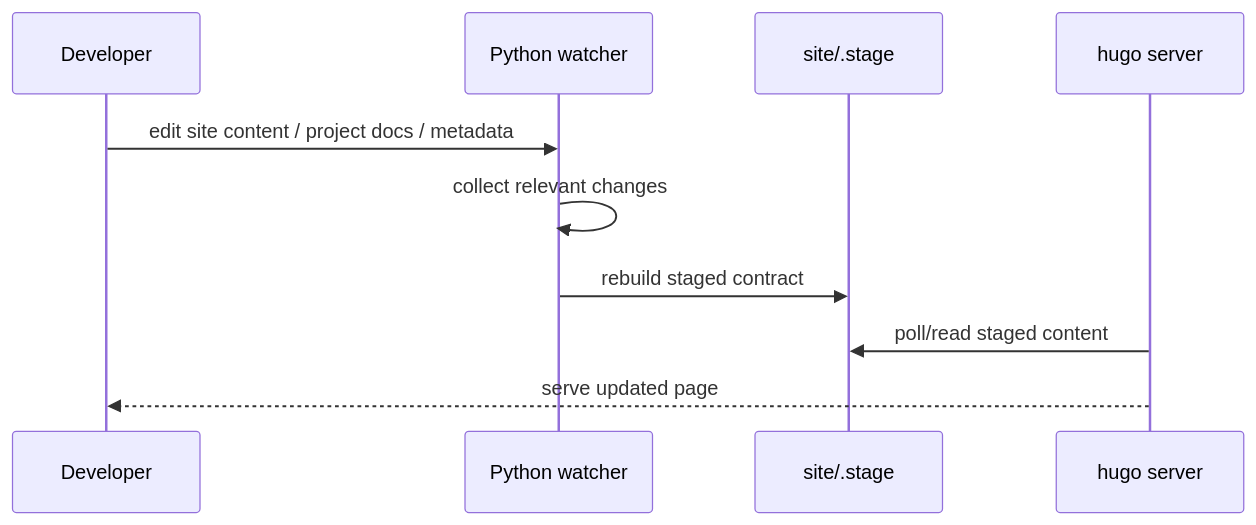
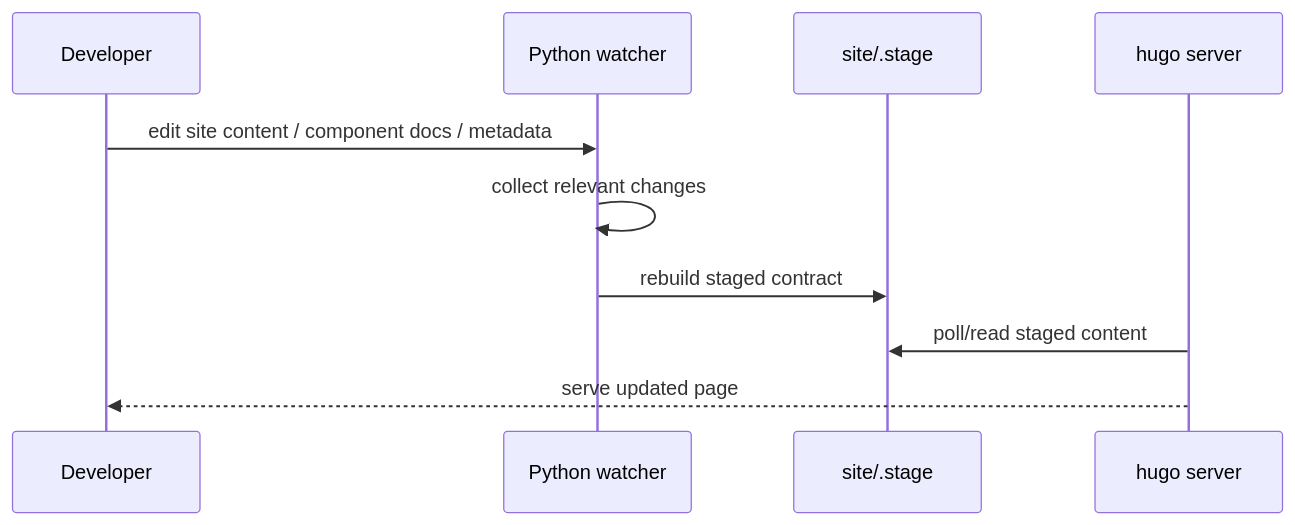
The second of 2 diagrams in site/site/docs/site-pipeline.md (buildish-tooling/buildish), drawn with Mermaid before and after one commit. The commit also changed other lines of this file and 35 other files, not shown here.

````diff
--- a/site/site/docs/site-pipeline.md
+++ b/site/site/docs/site-pipeline.md
@@ -110,12 +110,12 @@
 ```mermaid
 sequenceDiagram
     participant Dev as Developer
     participant Watch as Python watcher
     participant Stage as site/.stage
     participant Hugo as hugo server
-    Dev->>Watch: edit site content / project docs / metadata
+    Dev->>Watch: edit site content / component docs / metadata
     Watch->>Watch: collect relevant changes
     Watch->>Stage: rebuild staged contract
     Hugo->>Stage: poll/read staged content
     Hugo-->>Dev: serve updated page
 ```
````
